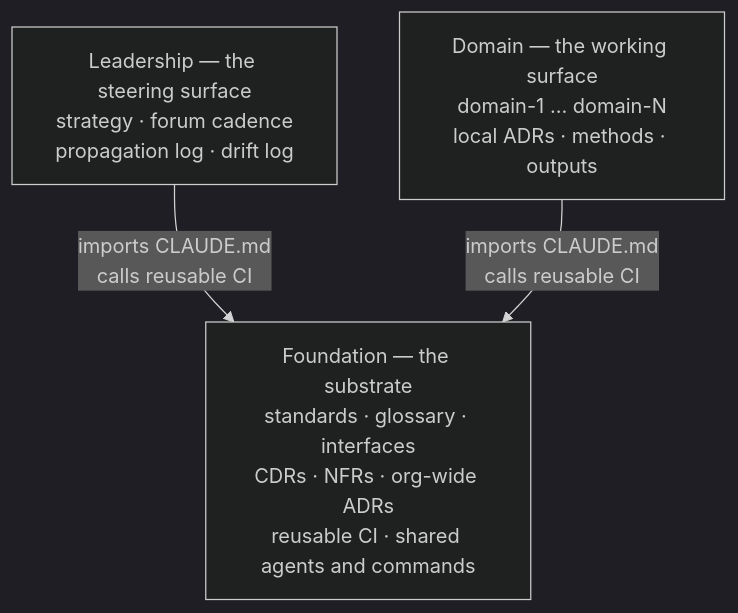
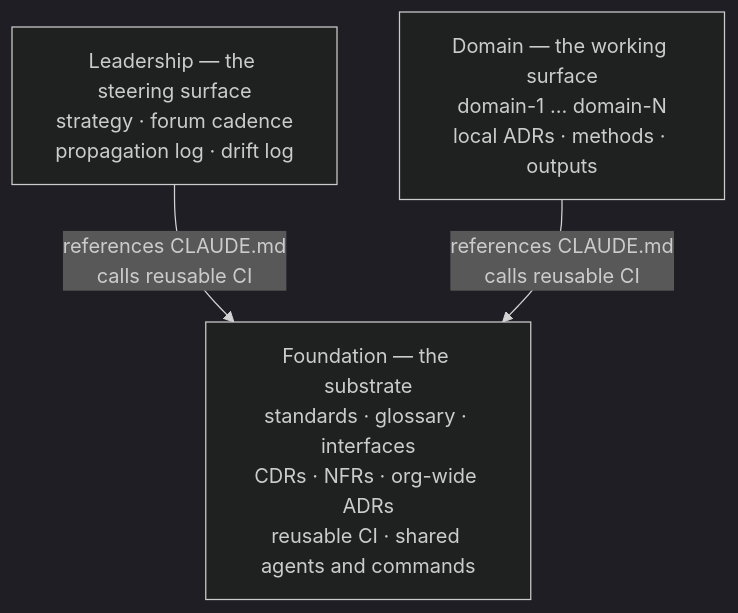
One commit to 2SSilver/organisationos-foundation changed the first of 2 diagrams in docs/concepts.md. Above: the diagram before and after it, drawn with Mermaid (dark theme). The commit also changed other lines of this file and 2 other files, not shown here.

Commit message:
fix: stop describing the cross-repo pointer as an import that loads (AR-04)
A later sweep for the word "import" found five sites (a diagram edge
label repeated in two files, a tree comment, a plain prose assertion,
and a clone-layout sentence) still claiming that Leadership/Domain
import or load Foundation's rules across repos. Ruling R5 already
established empirically that a cross-repo @import never inlines its
target; these five restate the same false claim in different words.
Reword all five to match docs/loading-model.md, which is correct.

````diff
--- a/docs/concepts.md
+++ b/docs/concepts.md
@@ -15,8 +15,8 @@
 ```mermaid
 flowchart TB
     F["Foundation — the substrate<br/>standards · glossary · interfaces<br/>CDRs · NFRs · org-wide ADRs<br/>reusable CI · shared agents and commands"]
     L["Leadership — the steering surface<br/>strategy · forum cadence<br/>propagation log · drift log"]
     D["Domain — the working surface<br/>domain-1 … domain-N<br/>local ADRs · methods · outputs"]
-    L -- "imports CLAUDE.md<br/>calls reusable CI" --> F
-    D -- "imports CLAUDE.md<br/>calls reusable CI" --> F
+    L -- "references CLAUDE.md<br/>calls reusable CI" --> F
+    D -- "references CLAUDE.md<br/>calls reusable CI" --> F
 ```
````
